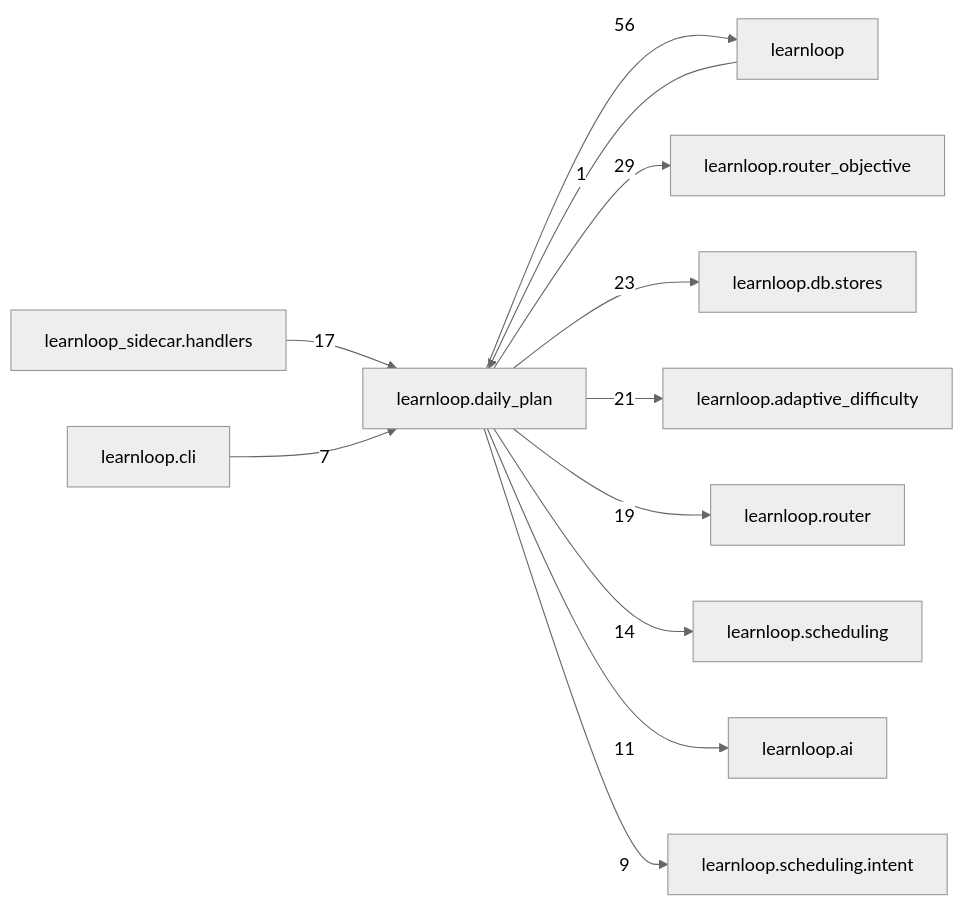
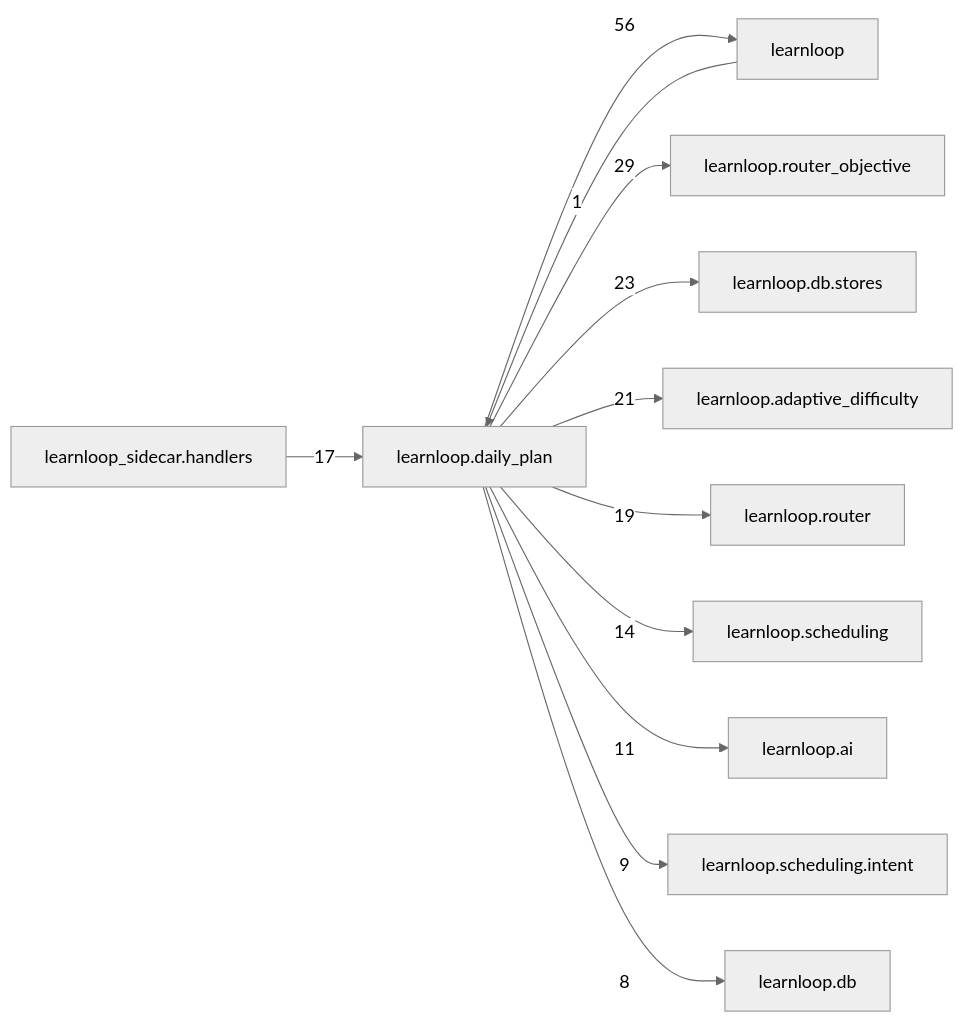
Before and after one commit to 6up-b/learnanything: the diagram in docs/learnloop-architecture-vault/Reference/Modules/learnloop/daily_plan/_package.md, drawn with Mermaid (neutral theme). The commit also changed other lines of this file and 258 other files, not shown here.

````diff
--- a/docs/learnloop-architecture-vault/Reference/Modules/learnloop/daily_plan/_package.md
+++ b/docs/learnloop-architecture-vault/Reference/Modules/learnloop/daily_plan/_package.md
@@ -164,25 +164,25 @@
 ```mermaid
 flowchart LR
     center["learnloop.daily_plan"]
     n_learnloop["learnloop"]
     n_learnloop_router_objective["learnloop.router_objective"]
     n_learnloop_db_stores["learnloop.db.stores"]
     n_learnloop_adaptive_difficulty["learnloop.adaptive_difficulty"]
     n_learnloop_router["learnloop.router"]
     n_learnloop_sidecar_handlers["learnloop_sidecar.handlers"]
     n_learnloop_scheduling["learnloop.scheduling"]
     n_learnloop_ai["learnloop.ai"]
     n_learnloop_scheduling_intent["learnloop.scheduling.intent"]
-    n_learnloop_cli["learnloop.cli"]
+    n_learnloop_db["learnloop.db"]
     n_learnloop -->|1| center
     center -->|56| n_learnloop
     center -->|29| n_learnloop_router_objective
     center -->|23| n_learnloop_db_stores
     center -->|21| n_learnloop_adaptive_difficulty
     center -->|19| n_learnloop_router
     n_learnloop_sidecar_handlers -->|17| center
     center -->|14| n_learnloop_scheduling
     center -->|11| n_learnloop_ai
     center -->|9| n_learnloop_scheduling_intent
-    n_learnloop_cli -->|7| center
+    center -->|8| n_learnloop_db
 ```
````
